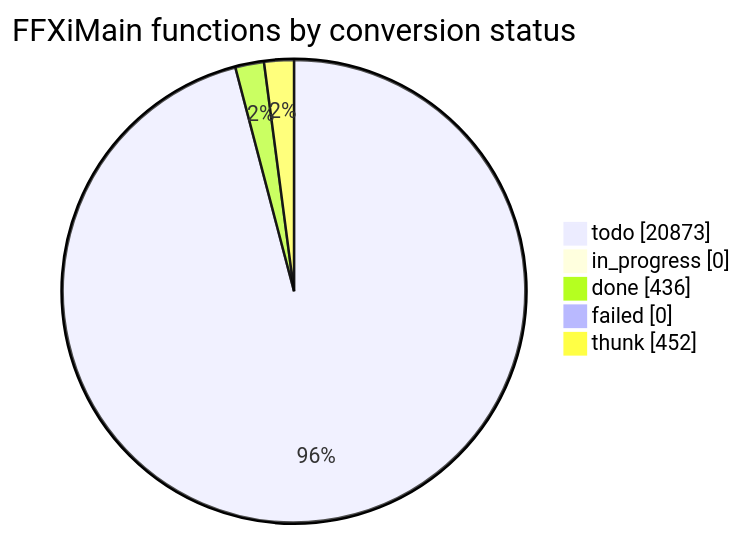
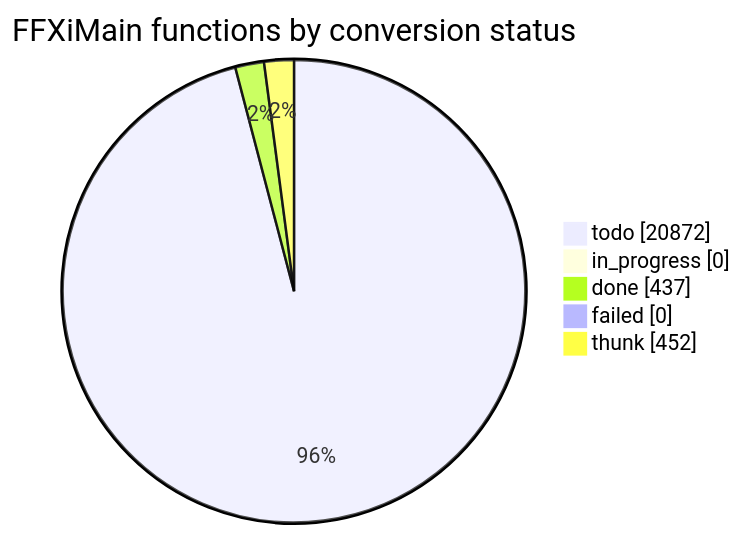
Before and after one commit to cowrevenge/cow_kuluu_xi_anything: the diagram in docs/cow/STATUS.md, drawn with Mermaid. The commit also changed other lines of this file and 9 other files, not shown here.

````diff
--- a/docs/cow/STATUS.md
+++ b/docs/cow/STATUS.md
@@ -18,9 +18,9 @@
 ```mermaid
 pie showData
     title FFXiMain functions by conversion status
-    "todo" : 20873
+    "todo" : 20872
     "in_progress" : 0
-    "done" : 436
+    "done" : 437
     "failed" : 0
     "thunk" : 452
 ```
````
